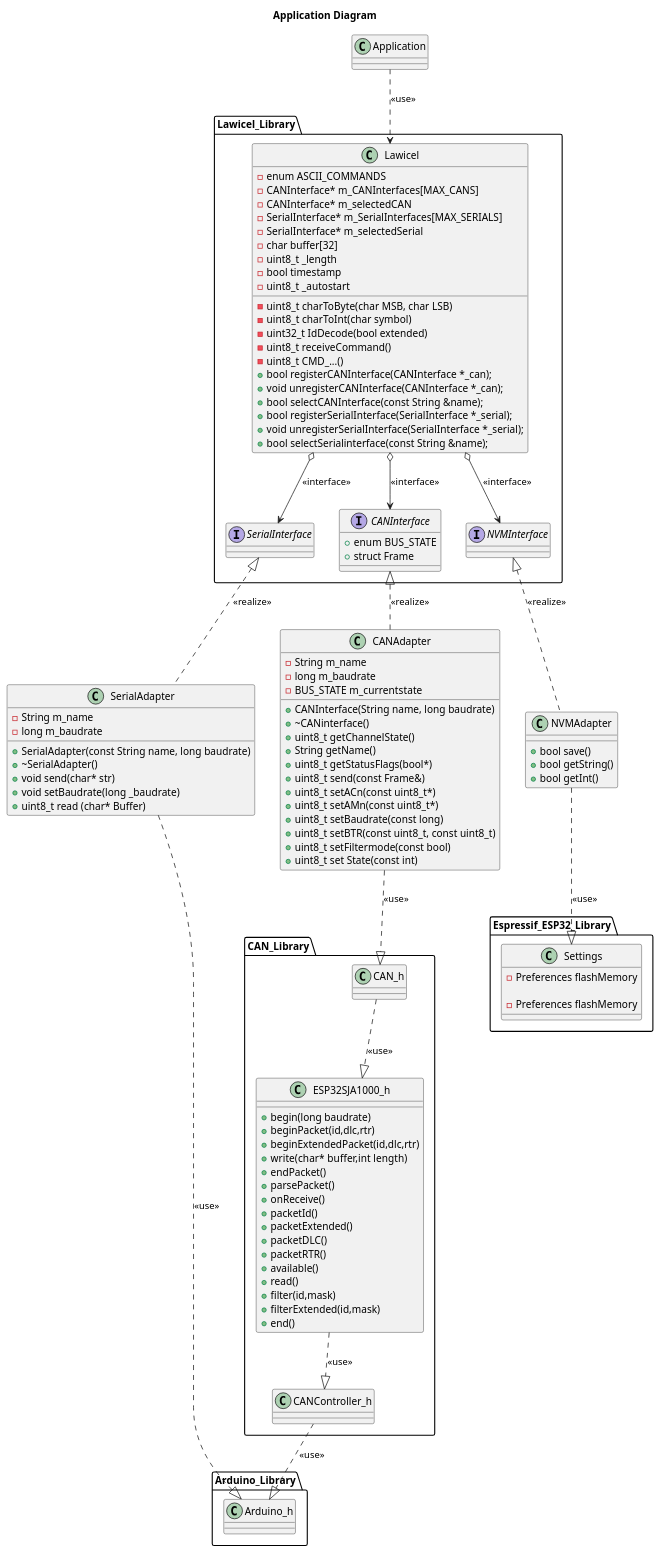
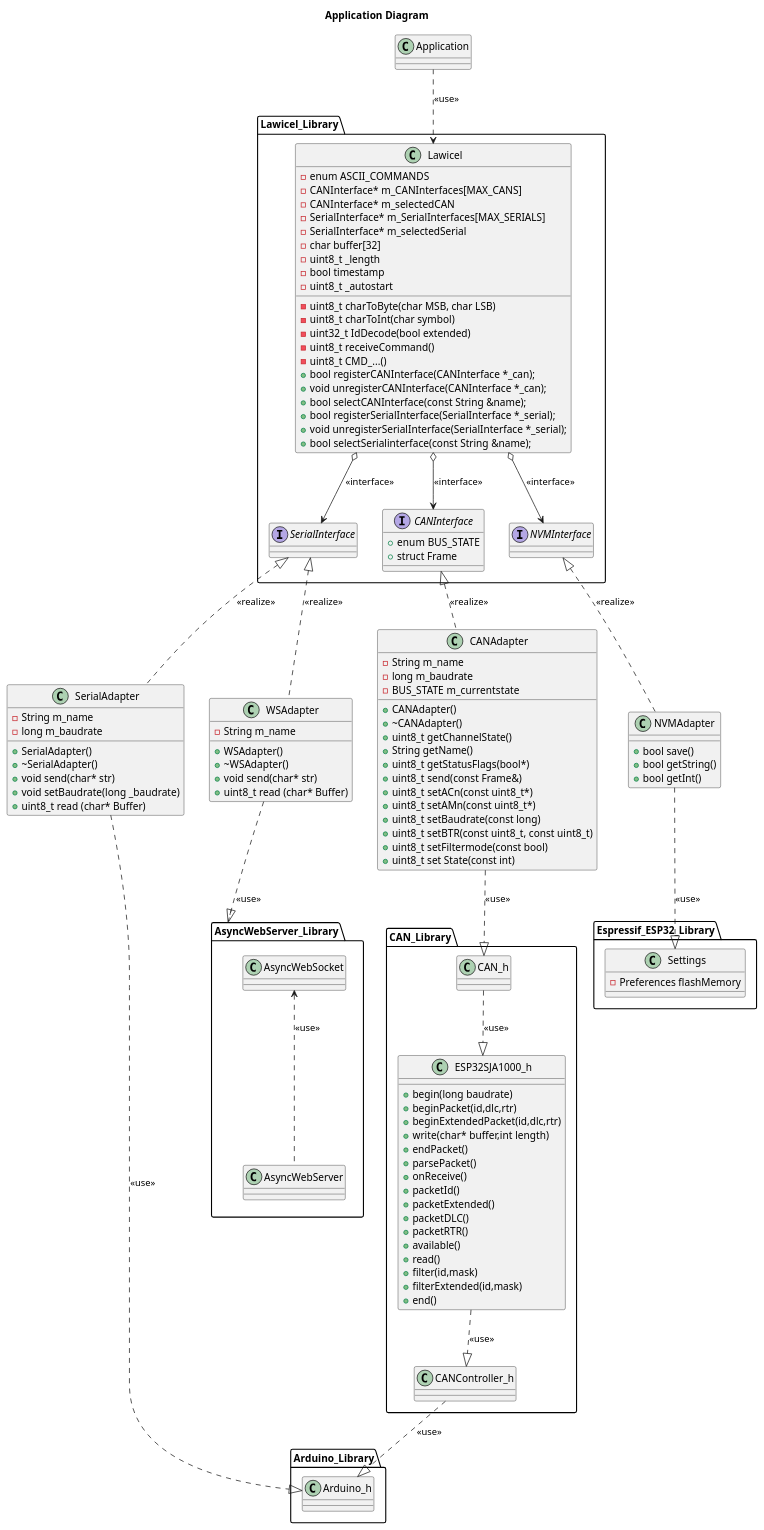
The diagram in Coding/fw/doc/design/Architecture_Lawicel.plantuml (NewTec-GmbH/esp32-can-iot), drawn with PlantUML before and after one commit. The commit also changed 1 other file, not shown here.

Commit message:
Updated UML Diagrams for Lawicel and Webserver

```diff
--- a/Coding/fw/doc/design/Architecture_Lawicel.plantuml
+++ b/Coding/fw/doc/design/Architecture_Lawicel.plantuml
@@ -1,135 +1,144 @@
 @startuml
 
 Title Application Diagram
 
 Class Application
 
 package Lawicel_Library <<Folder>>{
     Class Lawicel{
         -enum ASCII_COMMANDS
         -uint8_t charToByte(char MSB, char LSB)
         -uint8_t charToInt(char symbol)
         -uint32_t IdDecode(bool extended)
         -uint8_t receiveCommand()
         -uint8_t CMD_...()
         -CANInterface* m_CANInterfaces[MAX_CANS]
         -CANInterface* m_selectedCAN
         -SerialInterface* m_SerialInterfaces[MAX_SERIALS]
         -SerialInterface* m_selectedSerial
         -char buffer[32]
         -uint8_t _length
         -bool timestamp
         -uint8_t _autostart
         +bool registerCANInterface(CANInterface *_can);
         +void unregisterCANInterface(CANInterface *_can);
         +bool selectCANInterface(const String &name);
         +bool registerSerialInterface(SerialInterface *_serial);
         +void unregisterSerialInterface(SerialInterface *_serial);
         +bool selectSerialinterface(const String &name);
 
 
     }
     Application ..> Lawicel : <<use>>
 
     Interface SerialInterface
     Interface CANInterface {
         +enum BUS_STATE
         +struct Frame
     }
     Interface NVMInterface
 
     Lawicel o--> SerialInterface : <<interface>>
     Lawicel o--> CANInterface : <<interface>>
     Lawicel o--> NVMInterface : <<interface>>
 }
 
 Class SerialAdapter{
     -String m_name
     -long m_baudrate
-    +SerialAdapter(const String name, long baudrate)
+    +SerialAdapter()
     +~SerialAdapter()
     +void send(char* str)
     +void setBaudrate(long _baudrate)
     +uint8_t read (char* Buffer)
 }
 
 Class CANAdapter{
     -String m_name
     -long m_baudrate
     -BUS_STATE m_currentstate
-    +CANInterface(String name, long baudrate)
-    +~CANinterface()
+    +CANAdapter()
+    +~CANAdapter()
     +uint8_t getChannelState()
     +String getName()
     +uint8_t getStatusFlags(bool*)
     +uint8_t send(const Frame&)
     +uint8_t setACn(const uint8_t*)
     +uint8_t setAMn(const uint8_t*)
     +uint8_t setBaudrate(const long)
     +uint8_t setBTR(const uint8_t, const uint8_t)
     +uint8_t setFiltermode(const bool)
     +uint8_t set State(const int)
 }
 
 Class NVMAdapter{
     +bool save()
     +bool getString()
     +bool getInt()
 }
 
+Class WSAdapter{
+    -String m_name
+    +WSAdapter()
+    +~WSAdapter()
+    +void send(char* str)
+    +uint8_t read (char* Buffer)
+}
+
 NVMInterface <|.down. NVMAdapter : <<realize>>
 SerialInterface <|.down. SerialAdapter : <<realize>>
 CANInterface <|.down. CANAdapter : <<realize>>
+SerialInterface <|.down. WSAdapter : <<realize>>
 
 package Espressif_ESP32_Library{
     Class Settings{
 
         -Preferences flashMemory
     }
 }
 
 NVMAdapter ..|> Settings : <<use>>
 
 package Arduino_Library{
     Class Arduino_h
     Arduino_h  <|.up. SerialAdapter : <<use>>
 }
 
 package CAN_Library <<Folder>>{
     Class CAN_h
     Class ESP32SJA1000_h{
         +begin(long baudrate)
         +beginPacket(id,dlc,rtr)
         +beginExtendedPacket(id,dlc,rtr)
         +write(char* buffer,int length)
         +endPacket()
         +parsePacket()
         +onReceive()
         +packetId()
         +packetExtended()
         +packetDLC()
         +packetRTR()
         +available()
         +read()
         +filter(id,mask)
         +filterExtended(id,mask)
         +end()
     }
     Class CANController_h
     CAN_h  <|.up. CANAdapter: <<use>>
     ESP32SJA1000_h  <|.up. CAN_h: <<use>>
     CANController_h  <|.up. ESP32SJA1000_h: <<use>>
     Arduino_h  <|.up. CANController_h: <<use>>
 }
 
+package AsyncWebServer_Library <<Folder>>{
+    class AsyncWebServer
+    class AsyncWebSocket
 
-package Espressif_ESP32_Library{
-    Class Settings{
-
-        -Preferences flashMemory
-    }
+    AsyncWebSocket <.. AsyncWebServer : <<use>>
 }
 
+WSAdapter ..|> AsyncWebServer_Library : <<use>>
 
 
 @enduml
```
